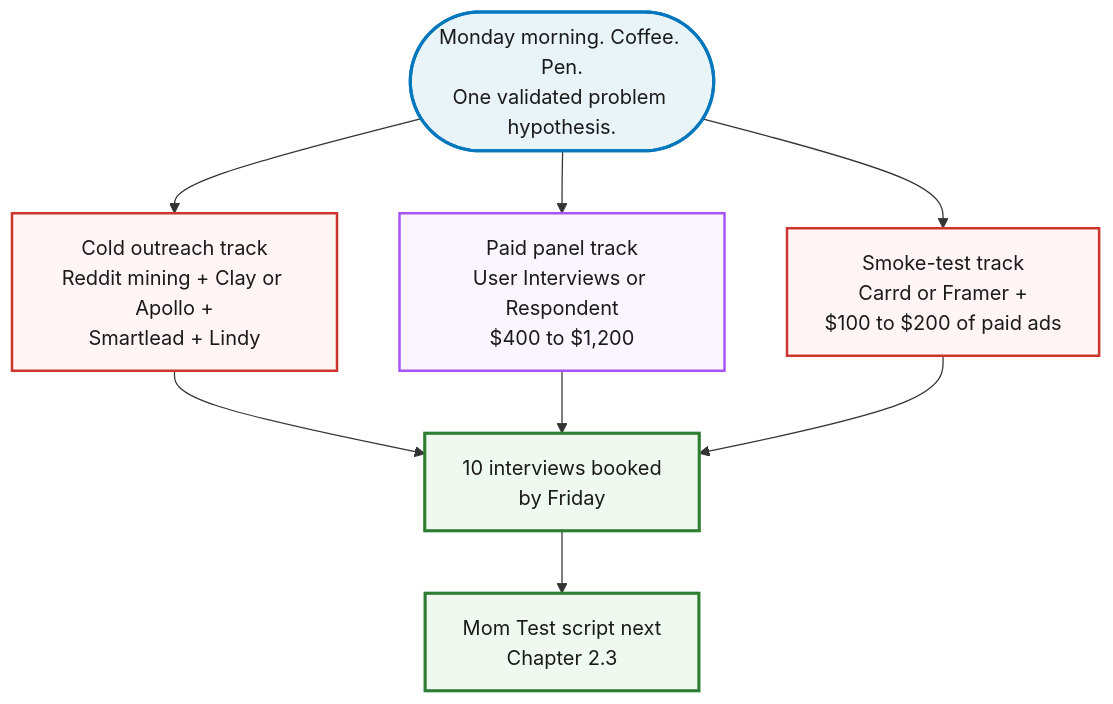
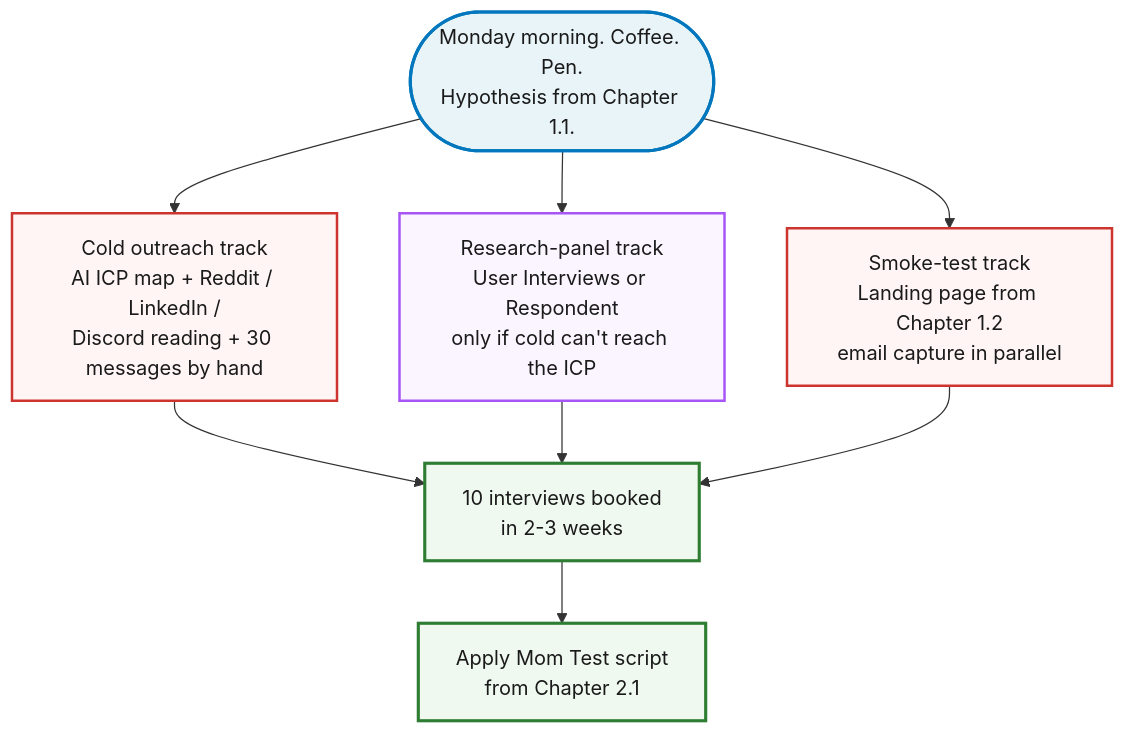
Before and after one commit to jetthoughts/jetthoughts.github.io: the diagram in content/course/tech-for-non-technical-founders-2026/find-10-people-with-problem-outreach-2026/index.md, drawn with Mermaid. The commit also changed other lines of this file and 81 other files, not shown here.

````diff
--- a/content/course/tech-for-non-technical-founders-2026/find-10-people-with-problem-outreach-2026/index.md
+++ b/content/course/tech-for-non-technical-founders-2026/find-10-people-with-problem-outreach-2026/index.md
@@ -174,22 +246,22 @@
 ```mermaid
 %%{init: {'theme':'base', 'themeVariables': {'fontFamily':'Caveat, Patrick Hand, cursive', 'primaryColor':'#fff5f5', 'primaryBorderColor':'#cc342d', 'lineColor':'#333', 'primaryTextColor':'#1a1a1a'}}}%%
 flowchart TD
-    A(["Monday morning. Coffee. Pen.<br/>One validated problem hypothesis."])
-    A --> B[Cold outreach track<br/>Reddit mining + Clay or Apollo +<br/>Smartlead + Lindy]
-    A --> C[Paid panel track<br/>User Interviews or Respondent<br/>$400 to $1,200]
-    A --> D[Smoke-test track<br/>Carrd or Framer +<br/>$100 to $200 of paid ads]
-    B --> E[10 interviews booked<br/>by Friday]
+    A(["Monday morning. Coffee. Pen.<br/>Hypothesis from Chapter 1.1."])
+    A --> B[Cold outreach track<br/>AI ICP map + Reddit / LinkedIn /<br/>Discord reading + 30 messages by hand]
+    A --> C[Research-panel track<br/>User Interviews or Respondent<br/>only if cold can't reach the ICP]
+    A --> D[Smoke-test track<br/>Landing page from Chapter 1.2<br/>email capture in parallel]
+    B --> E[10 interviews booked<br/>in 2-3 weeks]
     C --> E
     D --> E
-    E --> F[Mom Test script next<br/>Chapter 2.3]
+    E --> F[Apply Mom Test script<br/>from Chapter 2.1]
 
     classDef start fill:#e8f4f8,stroke:#0277bd,stroke-width:2.5px,color:#1a1a1a
     classDef track fill:#fff5f5,stroke:#cc342d,stroke-width:2px,color:#1a1a1a
     classDef paid fill:#faf5ff,stroke:#a855f7,stroke-width:2px,color:#1a1a1a
     classDef goal fill:#f0f9f0,stroke:#2e7d32,stroke-width:2.5px,color:#1a1a1a
 
     class A start
     class B,D track
     class C paid
     class E,F goal
 ```
````
